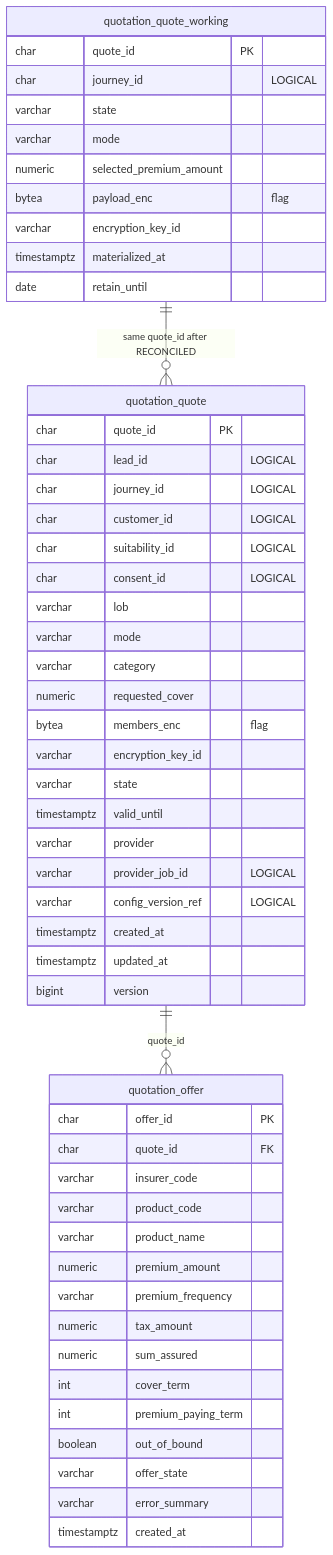
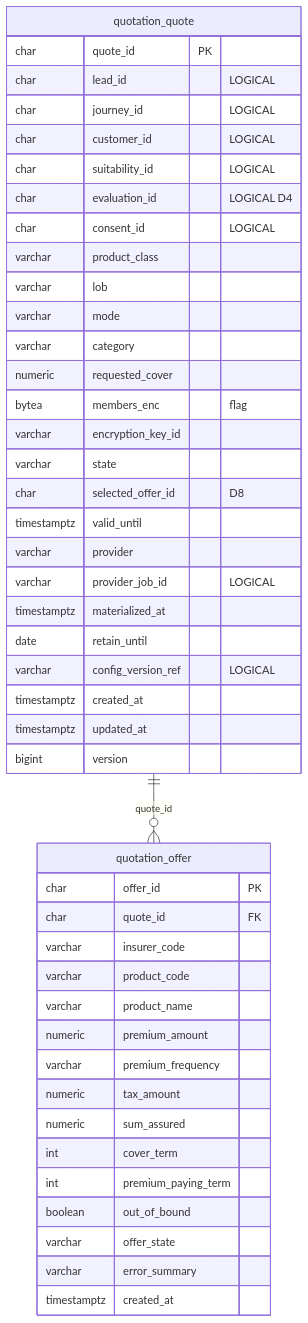
Before and after one commit to Mahesh38/bank-insurance-platform: the ninth of 14 diagrams in docs/platform/data-architecture/05-e2e-er-and-field-map.md, drawn with Mermaid. The commit also changed other lines of this file and 348 other files, not shown here.

````diff
--- a/docs/platform/data-architecture/05-e2e-er-and-field-map.md
+++ b/docs/platform/data-architecture/05-e2e-er-and-field-map.md
@@ -717,55 +833,48 @@
 ```mermaid
 erDiagram
-    quotation_quote_working {
-        char quote_id PK
-        char journey_id "LOGICAL"
-        varchar state
-        varchar mode
-        numeric selected_premium_amount
-        bytea payload_enc "flag"
-        varchar encryption_key_id
-        timestamptz materialized_at
-        date retain_until
-    }
     quotation_quote {
         char quote_id PK
         char lead_id "LOGICAL"
         char journey_id "LOGICAL"
         char customer_id "LOGICAL"
         char suitability_id "LOGICAL"
+        char evaluation_id "LOGICAL D4"
         char consent_id "LOGICAL"
+        varchar product_class
         varchar lob
         varchar mode
         varchar category
         numeric requested_cover
         bytea members_enc "flag"
         varchar encryption_key_id
         varchar state
+        char selected_offer_id "D8"
         timestamptz valid_until
         varchar provider
         varchar provider_job_id "LOGICAL"
+        timestamptz materialized_at
+        date retain_until
         varchar config_version_ref "LOGICAL"
         timestamptz created_at
         timestamptz updated_at
         bigint version
     }
     quotation_offer {
         char offer_id PK
         char quote_id FK
         varchar insurer_code
         varchar product_code
         varchar product_name
         numeric premium_amount
         varchar premium_frequency
         numeric tax_amount
         numeric sum_assured
         int cover_term
         int premium_paying_term
         boolean out_of_bound
         varchar offer_state
         varchar error_summary
         timestamptz created_at
     }
-    quotation_quote_working ||--o{ quotation_quote : "same quote_id after RECONCILED"
     quotation_quote ||--o{ quotation_offer : "quote_id"
 ```
````
